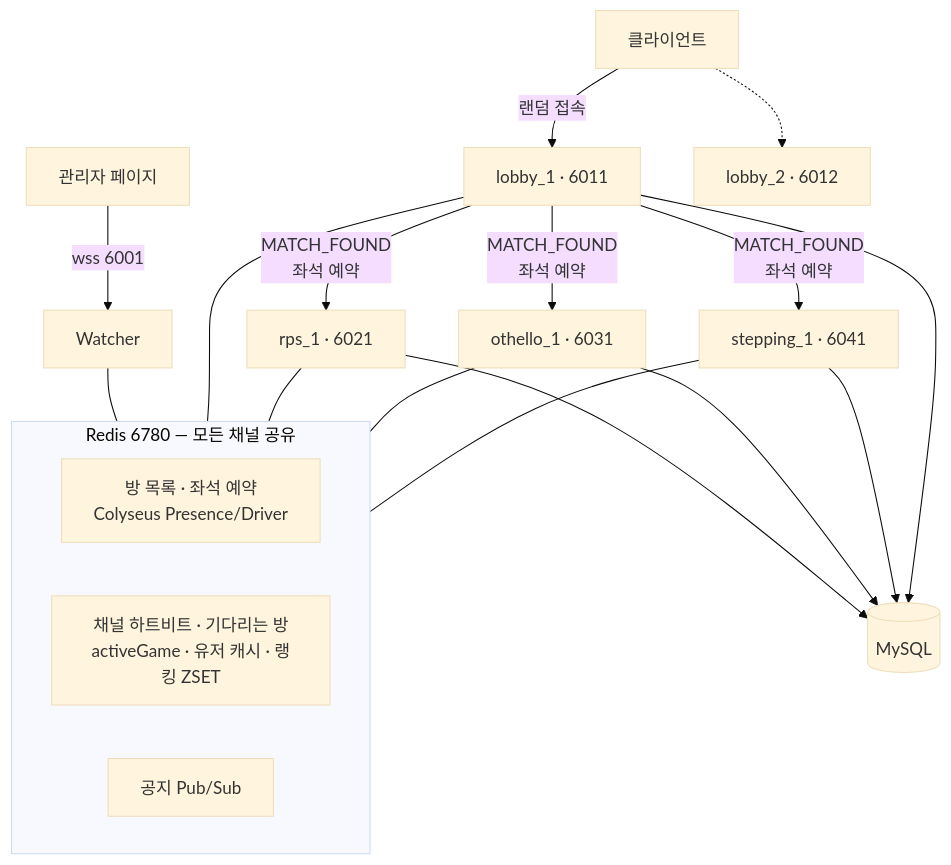
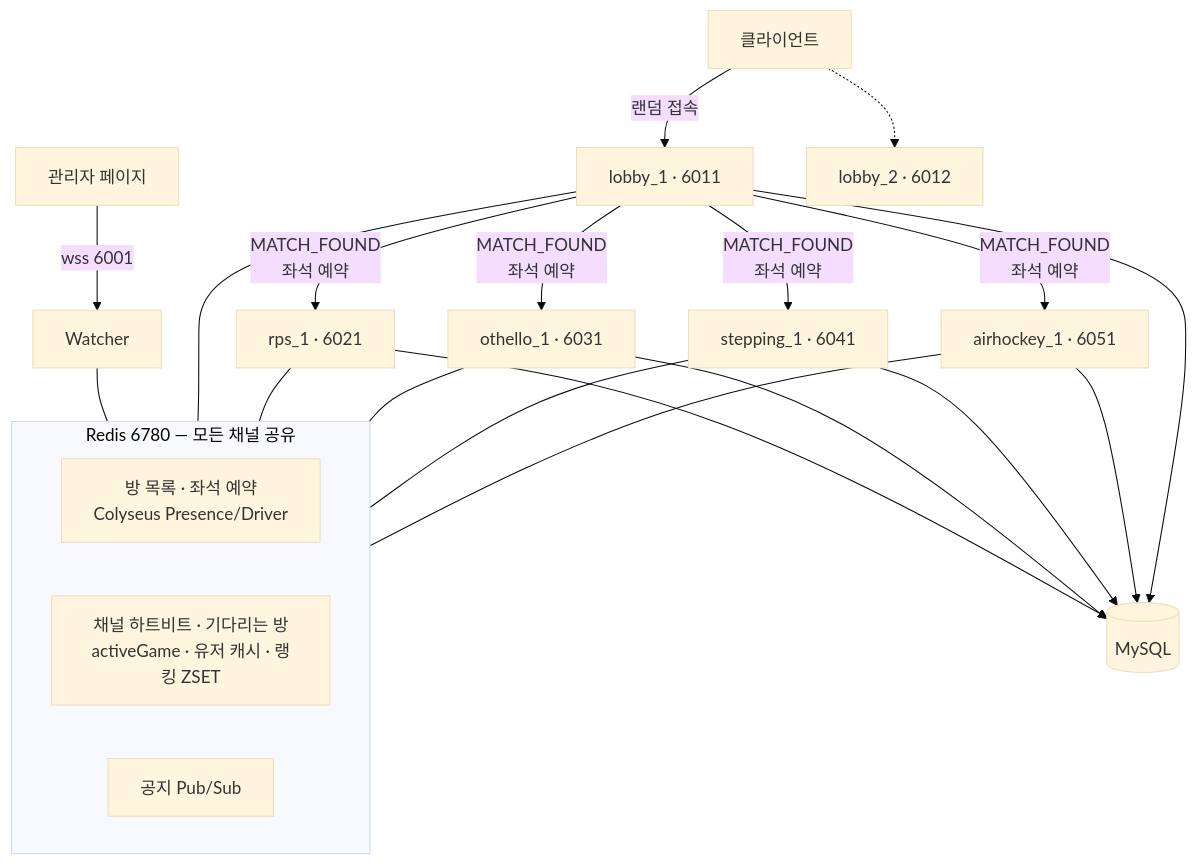
Before and after one commit to chadolcap/multi_game_vibe_coding_server_ruflo: the first of 10 diagrams in CLAUDE.md, drawn with Mermaid (base theme). The commit also changed other lines of this file and 28 other files, not shown here.

````diff
--- a/CLAUDE.md
+++ b/CLAUDE.md
@@ -28,21 +28,23 @@
 ```mermaid
 flowchart TB
     Admin[관리자 페이지] -->|wss 6001| W[Watcher]
     C[클라이언트] -->|랜덤 접속| L1[lobby_1 · 6011]
     C -.-> L2[lobby_2 · 6012]
     L1 -->|MATCH_FOUND<br/>좌석 예약| R1[rps_1 · 6021]
     L1 -->|MATCH_FOUND<br/>좌석 예약| O1[othello_1 · 6031]
     L1 -->|MATCH_FOUND<br/>좌석 예약| S1[stepping_1 · 6041]
+    L1 -->|MATCH_FOUND<br/>좌석 예약| A1[airhockey_1 · 6051]
     subgraph Redis[Redis 6780 — 모든 채널 공유]
         P[방 목록 · 좌석 예약<br/>Colyseus Presence/Driver]
         H[채널 하트비트 · 기다리는 방<br/>activeGame · 유저 캐시 · 랭킹 ZSET]
         N[공지 Pub/Sub]
     end
     W --- Redis
     L1 --- Redis
     R1 --- Redis
     O1 --- Redis
     S1 --- Redis
-    R1 & O1 & S1 --> DB[(MySQL)]
+    A1 --- Redis
+    R1 & O1 & S1 & A1 --> DB[(MySQL)]
     L1 --> DB
 ```
````
